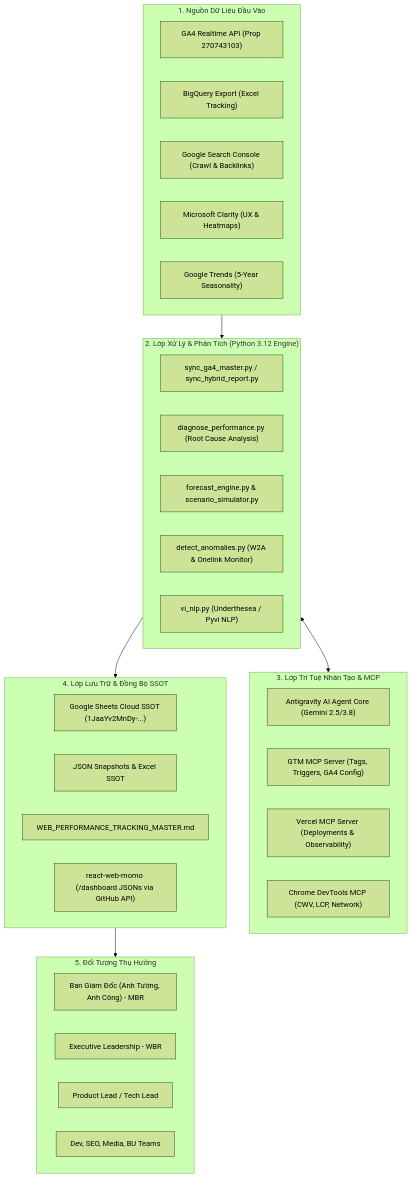
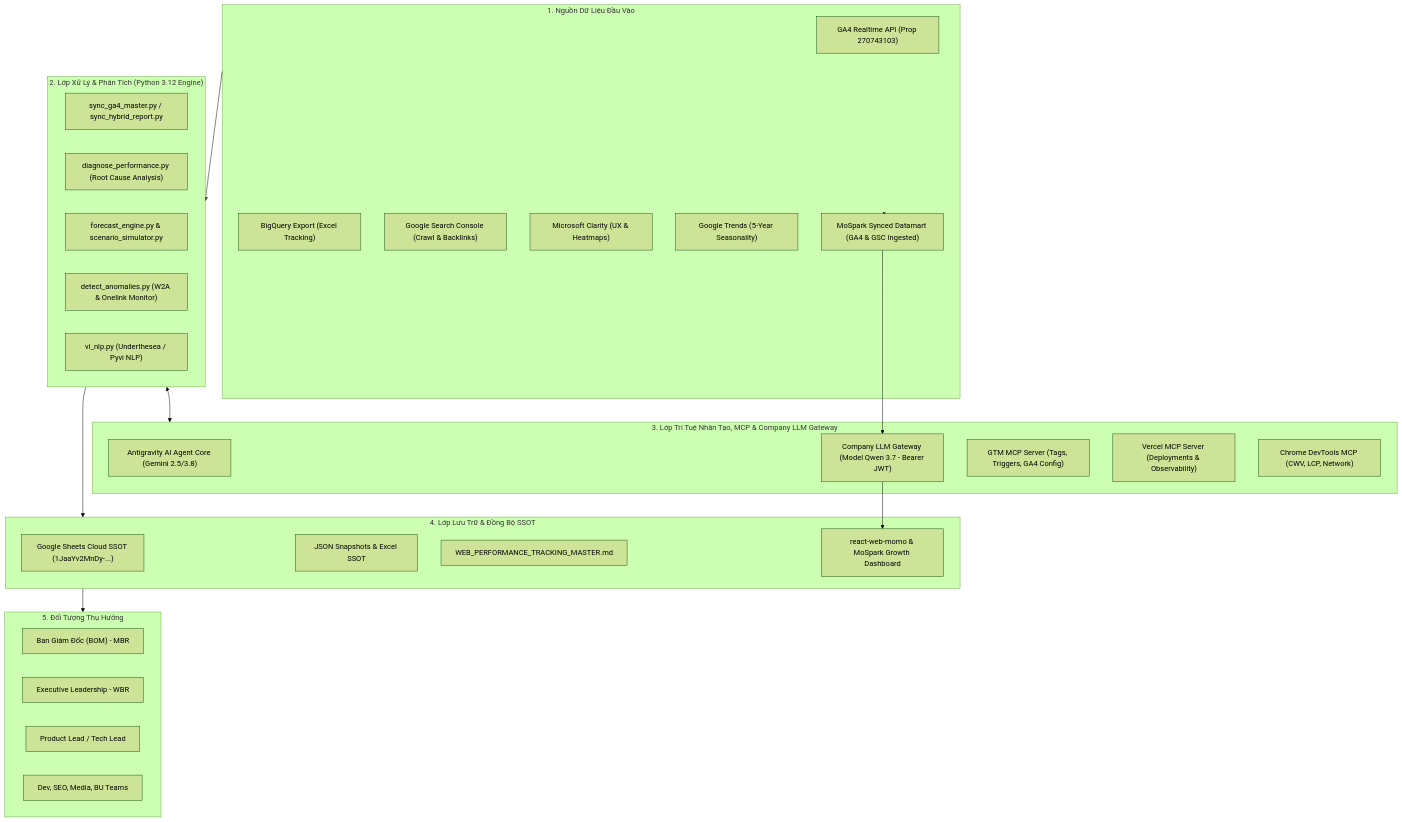
Before and after one commit to vanhien26/hienho-knowledgebase: the diagram in 07_REPORTS/docs/monthly-reporting-tool-architecture.md, drawn with Mermaid (forest theme). The commit also changed other lines of this file and 4 other files, not shown here.

Commit message:
feat(ai): integrate company Qwen 3.7 API across MoMo AI, MoSpark dashboard and reports

````diff
--- a/07_REPORTS/docs/monthly-reporting-tool-architecture.md
+++ b/07_REPORTS/docs/monthly-reporting-tool-architecture.md
@@ -10,44 +10,49 @@
 ```mermaid
 flowchart TD
     subgraph Data_Sources ["1. Nguồn Dữ Liệu Đầu Vào"]
         GA4["GA4 Realtime API (Prop 270743103)"]
         BQ["BigQuery Export (Excel Tracking)"]
         GSC["Google Search Console (Crawl & Backlinks)"]
         Clarity["Microsoft Clarity (UX & Heatmaps)"]
         Trends["Google Trends (5-Year Seasonality)"]
+        MoSpark_Data["MoSpark Synced Datamart (GA4 & GSC Ingested)"]
     end
 
     subgraph Core_Engine ["2. Lớp Xử Lý & Phân Tích (Python 3.12 Engine)"]
         SyncMaster["sync_ga4_master.py / sync_hybrid_report.py"]
         Diagnose["diagnose_performance.py (Root Cause Analysis)"]
         Forecast["forecast_engine.py & scenario_simulator.py"]
         Anomaly["detect_anomalies.py (W2A & Onelink Monitor)"]
         NLP["vi_nlp.py (Underthesea / Pyvi NLP)"]
     end
 
-    subgraph Agent_MCP ["3. Lớp Trí Tuệ Nhân Tạo & MCP"]
+    subgraph Agent_MCP ["3. Lớp Trí Tuệ Nhân Tạo, MCP & Company LLM Gateway"]
         Antigravity["Antigravity AI Agent Core (Gemini 2.5/3.8)"]
+        QwenGateway["Company LLM Gateway (Model Qwen 3.7 - Bearer JWT)"]
         GTM_MCP["GTM MCP Server (Tags, Triggers, GA4 Config)"]
         Vercel_MCP["Vercel MCP Server (Deployments & Observability)"]
         DevTools_MCP["Chrome DevTools MCP (CWV, LCP, Network)"]
     end
 
     subgraph Storage_SSOT ["4. Lớp Lưu Trữ & Đồng Bộ SSOT"]
         GSheets["Google Sheets Cloud SSOT (1JaaYv2MnDy-...)"]
         LocalSnapshots["JSON Snapshots & Excel SSOT"]
         MarkdownSSOT["WEB_PERFORMANCE_TRACKING_MASTER.md"]
-        DashboardRepo["react-web-momo (/dashboard JSONs via GitHub API)"]
+        DashboardRepo["react-web-momo & MoSpark Growth Dashboard"]
     end
 
     subgraph Stakeholders ["5. Đối Tượng Thụ Hưởng"]
-        Board["Ban Giám Đốc (Anh Tường, Anh Công) - MBR"]
+        Board["Ban Giám Đốc (BOM) - MBR"]
         Exec["Executive Leadership - WBR"]
         Product["Product Lead / Tech Lead"]
         Squads["Dev, SEO, Media, BU Teams"]
     end
 
     Data_Sources --> Core_Engine
+    Data_Sources -.-> MoSpark_Data
+    MoSpark_Data --> QwenGateway
     Core_Engine <--> Agent_MCP
+    QwenGateway --> DashboardRepo
     Core_Engine --> Storage_SSOT
     Storage_SSOT --> Stakeholders
 ```
````
